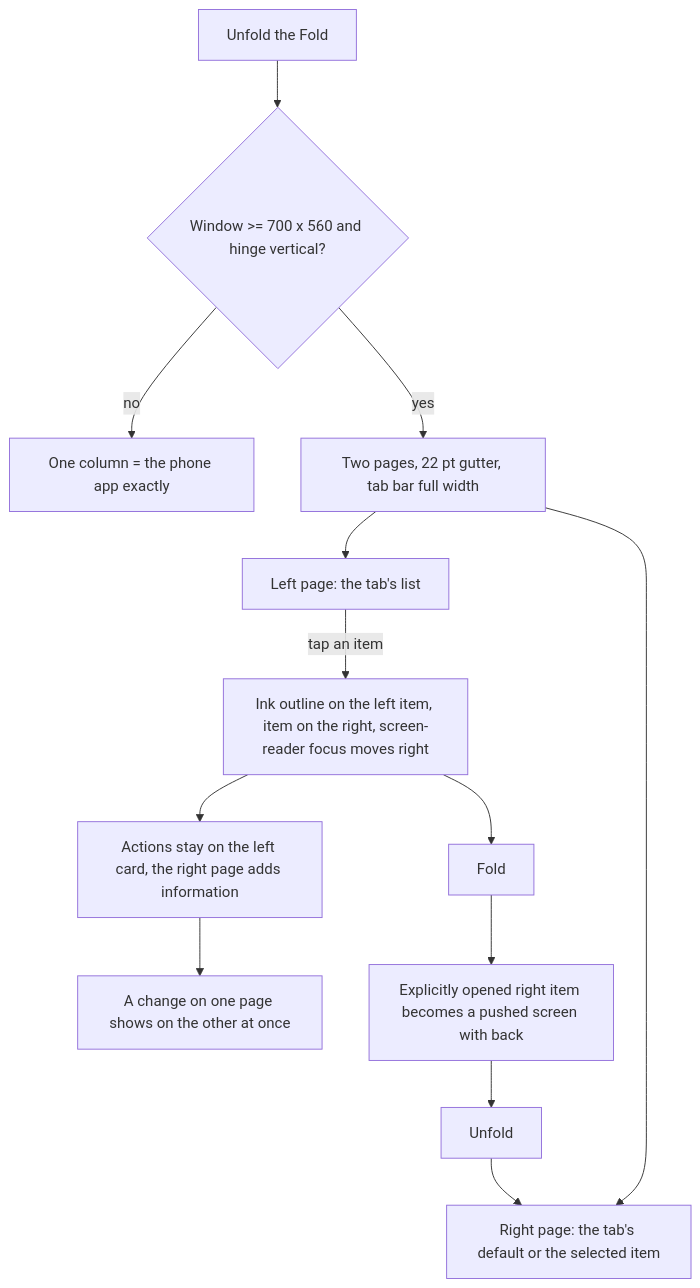
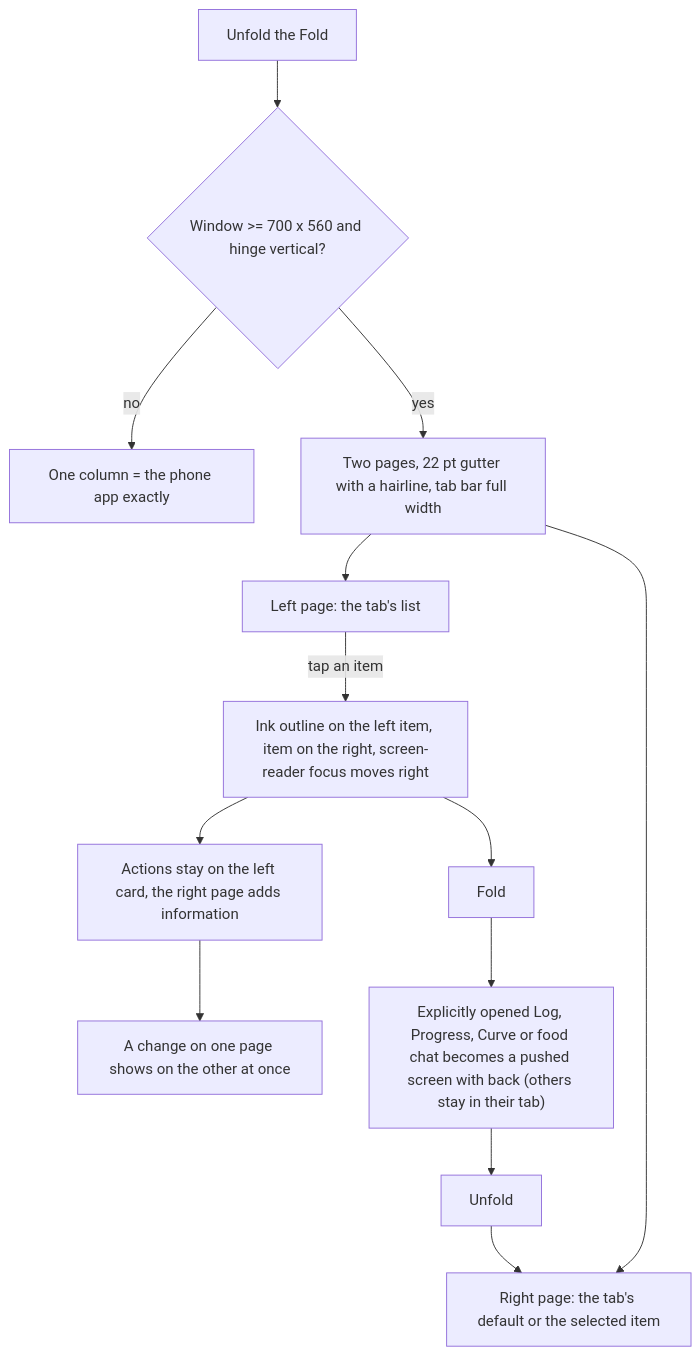
The first of 3 diagrams in docs/product/flows/14-fold-book-layout.md (evandroviskis/dosetrace), drawn with Mermaid before and after one commit. The commit also changed other lines of this file and 26 other files, not shown here.

Commit message:
docs/product: round-2 corrections propagated to PRD (G-1..G-233), TRD + dossiers, flows + Portuguese picture from the final registers; 105 diagrams parse; zero stale ids

````diff
--- a/docs/product/flows/14-fold-book-layout.md
+++ b/docs/product/flows/14-fold-book-layout.md
@@ -44,15 +44,15 @@
 ```mermaid
 flowchart TD
   A["Unfold the Fold"] --> B{"Window >= 700 x 560 and hinge vertical?"}
   B -->|no| C["One column = the phone app exactly"]
-  B -->|yes| D["Two pages, 22 pt gutter, tab bar full width"]
+  B -->|yes| D["Two pages, 22 pt gutter with a hairline, tab bar full width"]
   D --> E["Left page: the tab's list"]
   D --> F["Right page: the tab's default or the selected item"]
   E -->|tap an item| G["Ink outline on the left item, item on the right, screen-reader focus moves right"]
   G --> H["Actions stay on the left card, the right page adds information"]
   H --> I["A change on one page shows on the other at once"]
   G --> J["Fold"]
-  J --> K["Explicitly opened right item becomes a pushed screen with back"]
+  J --> K["Explicitly opened Log, Progress, Curve or food chat becomes a pushed screen with back (others stay in their tab)"]
   K --> L["Unfold"]
   L --> F
 ```
````
